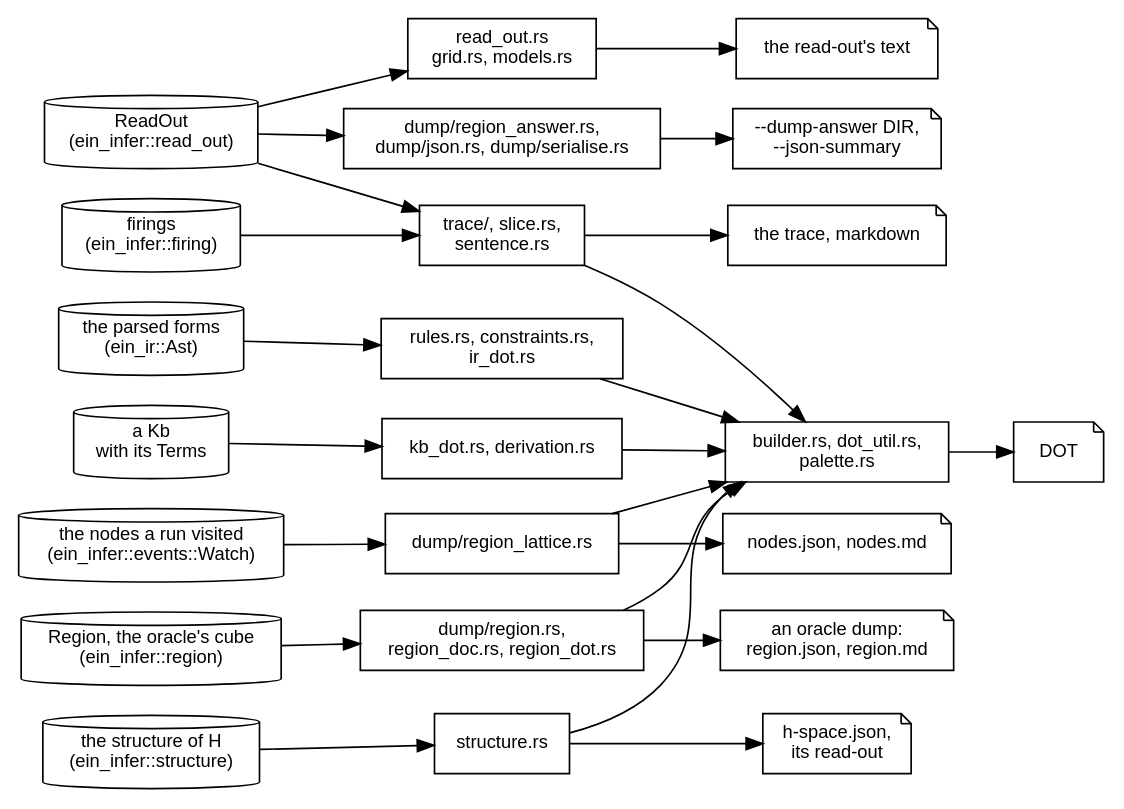
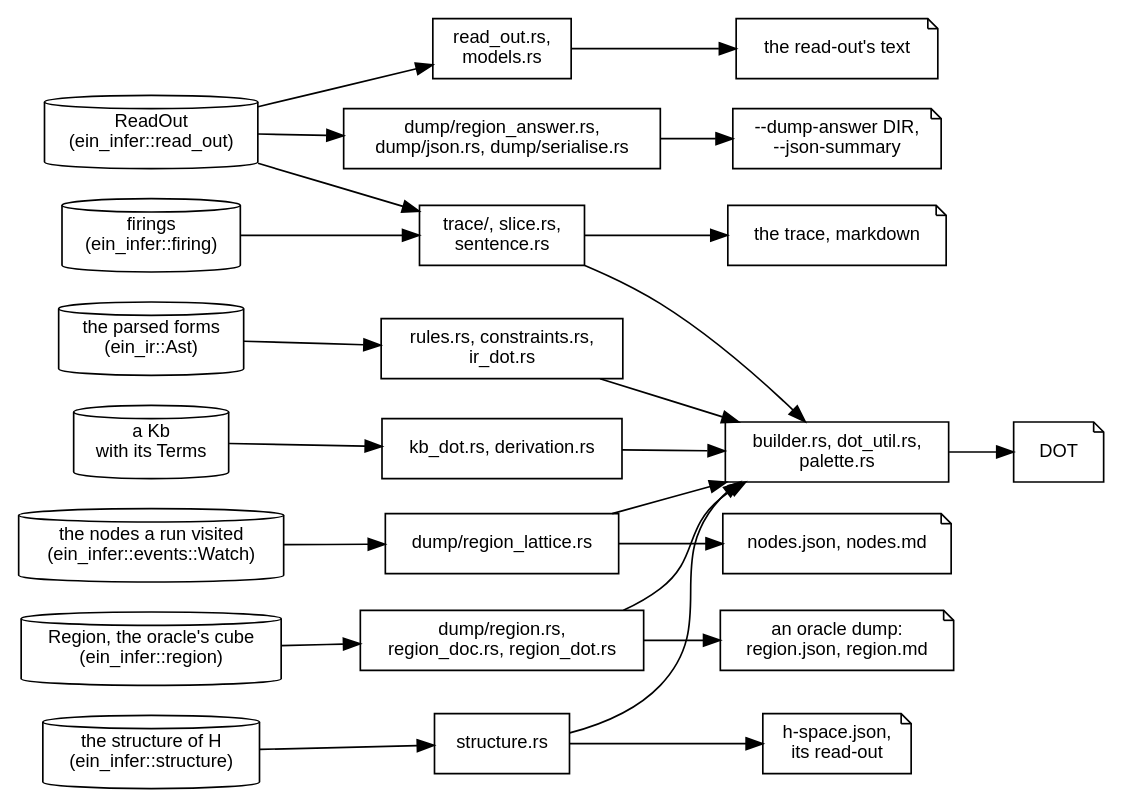
One commit to agutikov/ein changed the diagram in docs/ein/ein.rs/diagrams/01-ein-render-modules.dot. Above: the diagram before and after it, drawn with Graphviz. The commit also changed 44 other files, not shown here.

```diff
--- a/docs/ein/ein.rs/diagrams/01-ein-render-modules.dot
+++ b/docs/ein/ein.rs/diagrams/01-ein-render-modules.dot
@@ -1,37 +1,37 @@
 digraph ein_render {
   rankdir=LR;
   node [shape=box, fontname="Helvetica", fontsize=11];
   edge [fontname="Helvetica", fontsize=9];
 
   forms   [shape=cylinder, label="the parsed forms\n(ein_ir::Ast)"];
   kb      [shape=cylinder, label="a Kb\nwith its Terms"];
   firings [shape=cylinder, label="firings\n(ein_infer::firing)"];
   ro      [shape=cylinder, label="ReadOut\n(ein_infer::read_out)"];
   cube    [shape=cylinder, label="Region, the oracle's cube\n(ein_infer::region)"];
   hs      [shape=cylinder, label="the structure of H\n(ein_infer::structure)"];
   visits  [shape=cylinder, label="the nodes a run visited\n(ein_infer::events::Watch)"];
 
   prog  [label="rules.rs, constraints.rs,\nir_dot.rs"];
   kbv   [label="kb_dot.rs, derivation.rs"];
   trace [label="trace/, slice.rs,\nsentence.rs"];
-  text  [label="read_out.rs\ngrid.rs, models.rs"];
+  text  [label="read_out.rs,\nmodels.rs"];
   dans  [label="dump/region_answer.rs,\ndump/json.rs, dump/serialise.rs"];
   dlat  [label="dump/region_lattice.rs"];
   dreg  [label="dump/region.rs,\nregion_doc.rs, region_dot.rs"];
   struc [label="structure.rs"];
   dot   [label="builder.rs, dot_util.rs,\npalette.rs"];
 
   o_dot  [shape=note, label="DOT"];
   o_md   [shape=note, label="the trace, markdown"];
   o_out  [shape=note, label="the read-out's text"];
   o_ans  [shape=note, label="--dump-answer DIR,\n--json-summary"];
   o_lat  [shape=note, label="nodes.json, nodes.md"];
   o_reg  [shape=note, label="an oracle dump:\nregion.json, region.md"];
   o_hs   [shape=note, label="h-space.json,\nits read-out"];
 
   forms -> prog;  kb -> kbv;  firings -> trace;  ro -> trace;
   ro -> text;  ro -> dans;  visits -> dlat;  cube -> dreg;  hs -> struc;
   prog -> dot;  kbv -> dot;  trace -> dot;  dlat -> dot;  dreg -> dot;  struc -> dot;
   dot -> o_dot;
   trace -> o_md;  text -> o_out;  dans -> o_ans;  dlat -> o_lat;  dreg -> o_reg;  struc -> o_hs;
 }
```
